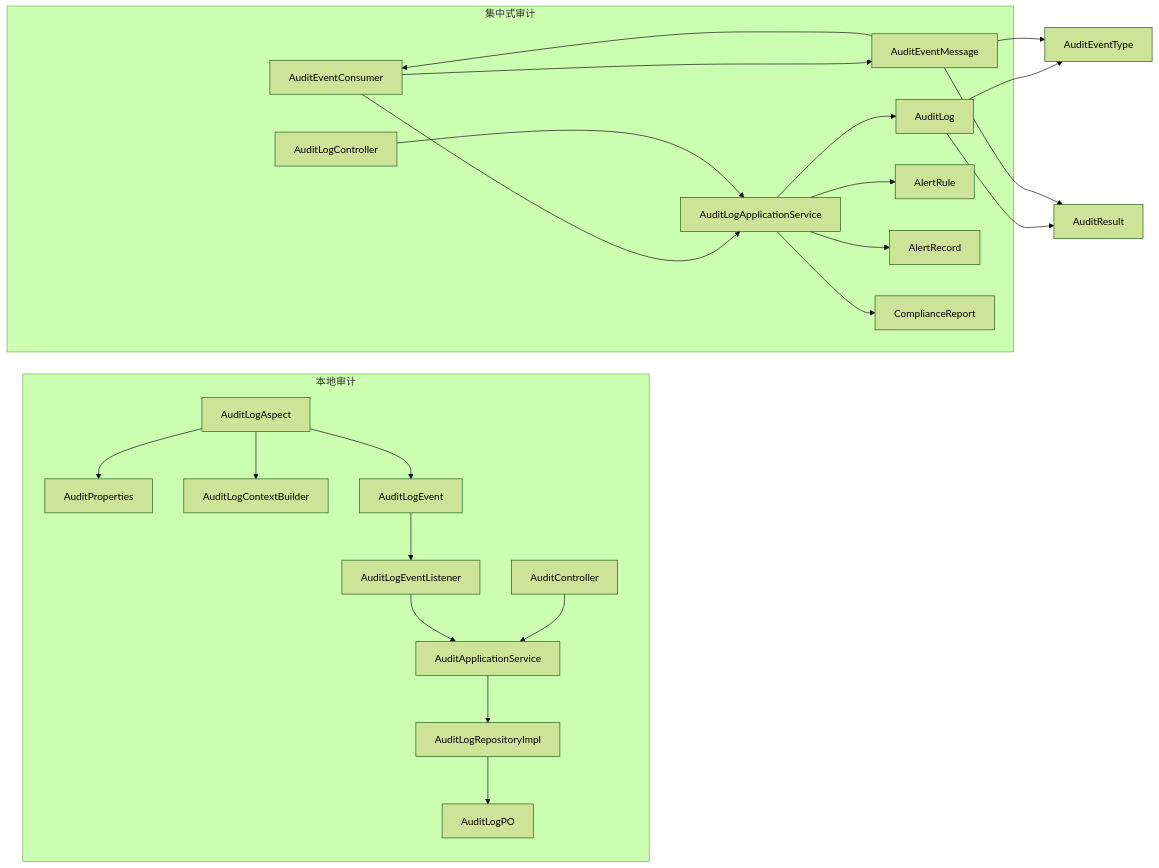
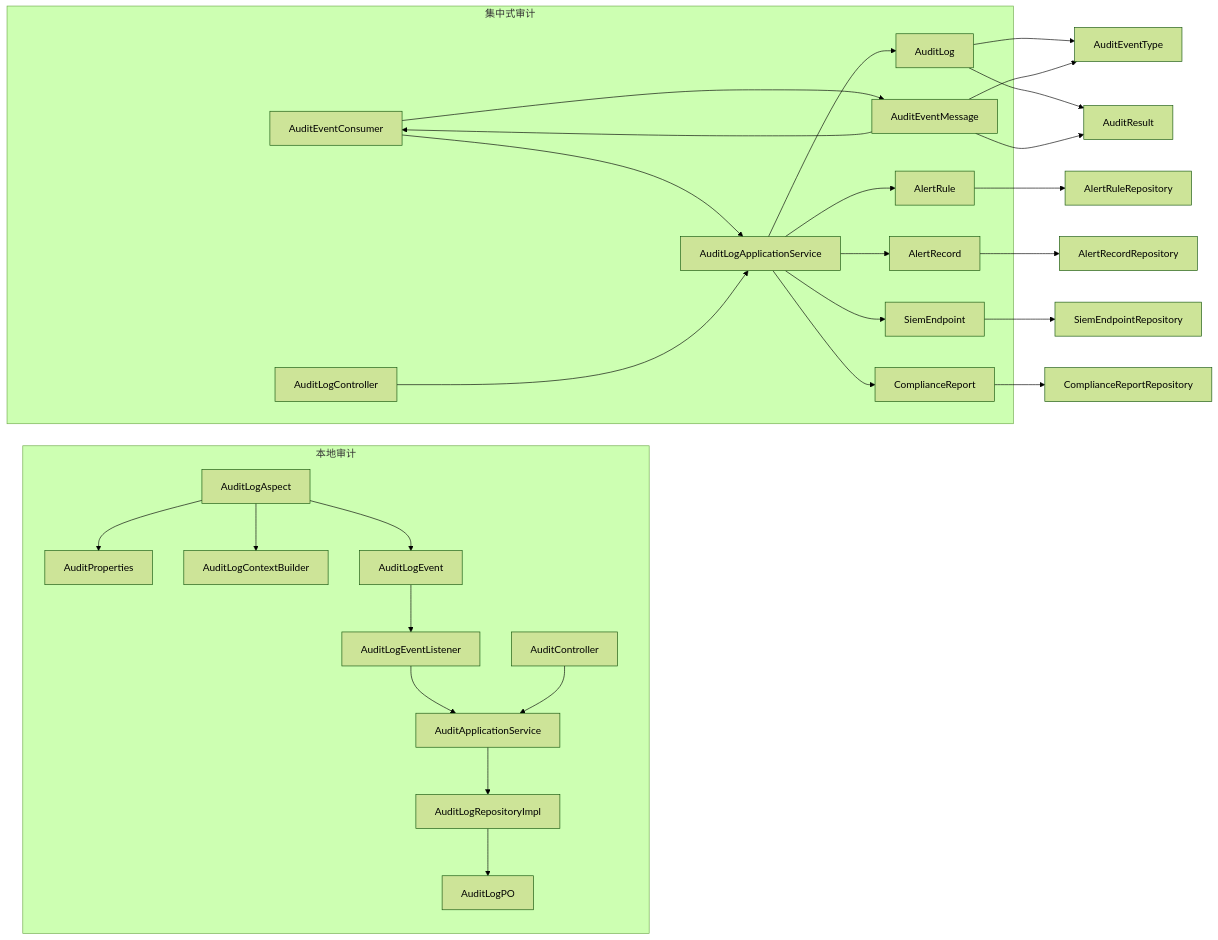
The sixth of 6 diagrams in .qoder/repowiki/zh/content/项目概述/项目结构/管理服务器 (iam-admin-server)/审计日志系统.md (fq0121104930716/iam-platform), drawn with Mermaid (forest theme) before and after one commit. The commit also changed other lines of this file and 46 other files, not shown here.

````diff
--- a/.qoder/repowiki/zh/content/项目概述/项目结构/管理服务器 (iam-admin-server)/审计日志系统.md
+++ b/.qoder/repowiki/zh/content/项目概述/项目结构/管理服务器 (iam-admin-server)/审计日志系统.md
@@ -412,27 +448,32 @@
 ```mermaid
 graph LR
 subgraph "本地审计"
 ALA["AuditLogAspect"] --> AP["AuditProperties"]
 ALA --> ALB["AuditLogContextBuilder"]
 ALA --> EVT["AuditLogEvent"]
 EVT --> EL["AuditLogEventListener"]
 EL --> AS["AuditApplicationService"]
 AS --> REPO["AuditLogRepositoryImpl"]
 REPO --> PO["AuditLogPO"]
 CTRL["AuditController"] --> AS
 end
 subgraph "集中式审计"
 MQ["AuditEventConsumer"] --> MSG["AuditEventMessage"]
 MSG --> MQ
 MQ --> SVC["AuditLogApplicationService"]
 SVC --> AE["AuditLog"]
 SVC --> AR["AlertRule"]
 SVC --> AT["AlertRecord"]
+SVC --> SE["SiemEndpoint"]
 SVC --> CR["ComplianceReport"]
 CTRL2["AuditLogController"] --> SVC
 end
 AE --> ENUM1["AuditEventType"]
 AE --> ENUM2["AuditResult"]
 MSG --> ENUM1
 MSG --> ENUM2
+AR --> ARepo["AlertRuleRepository"]
+AT --> ATR["AlertRecordRepository"]
+SE --> SER["SiemEndpointRepository"]
+CR --> CRR["ComplianceReportRepository"]
 ```
````
